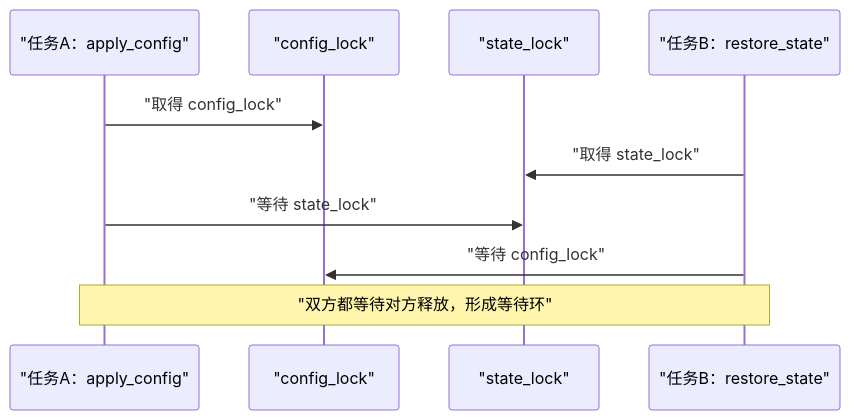
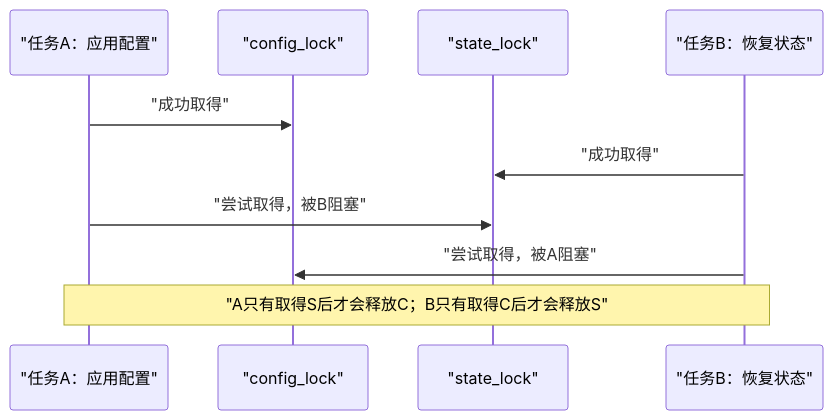
Before and after one commit to FormingSystem/linux_note: the first of 2 diagrams in knowledge/linux/synchronization/lockdep/P01_为什么需要_Lockdep.md, drawn with Mermaid. The commit also changed other lines of this file and 21 other files, not shown here.

````diff
--- a/knowledge/linux/synchronization/lockdep/P01_为什么需要_Lockdep.md
+++ b/knowledge/linux/synchronization/lockdep/P01_为什么需要_Lockdep.md
@@ -49,12 +53,12 @@
 ```mermaid
 sequenceDiagram
-    participant A as "任务A：apply_config"
-    participant CL as "config_lock"
-    participant SL as "state_lock"
-    participant B as "任务B：restore_state"
-    A->>CL: "取得 config_lock"
-    B->>SL: "取得 state_lock"
-    A->>SL: "等待 state_lock"
-    B->>CL: "等待 config_lock"
-    Note over A,B: "双方都等待对方释放，形成等待环"
+    participant A as "任务A：应用配置"
+    participant C as "config_lock"
+    participant S as "state_lock"
+    participant B as "任务B：恢复状态"
+    A->>C: "成功取得"
+    B->>S: "成功取得"
+    A->>S: "尝试取得，被B阻塞"
+    B->>C: "尝试取得，被A阻塞"
+    Note over A,B: "A只有取得S后才会释放C；B只有取得C后才会释放S"
 ```
````
